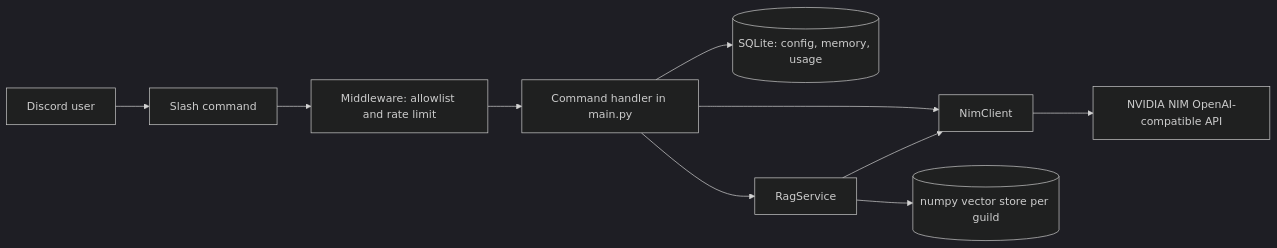
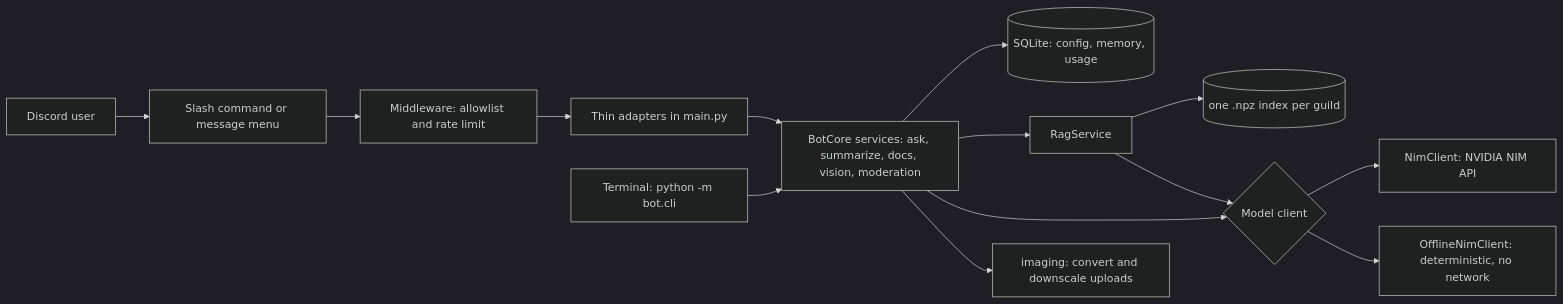
The first of 3 diagrams in README.md (AleBrito124356/discord-ai-bot), drawn with Mermaid (dark theme) before and after one commit. The commit also changed other lines of this file and 3 other files, not shown here.

````diff
--- a/README.md
+++ b/README.md
@@ -54,12 +150,16 @@
 ```mermaid
 flowchart LR
-    U[Discord user] --> CMD[Slash command]
+    U[Discord user] --> CMD[Slash command or message menu]
     CMD --> MW[Middleware: allowlist and rate limit]
-    MW --> H[Command handler in main.py]
-    H --> DB[(SQLite: config, memory, usage)]
-    H --> NIM[NimClient]
-    H --> RAG[RagService]
-    RAG --> VS[(numpy vector store per guild)]
-    RAG --> NIM
-    NIM --> API[NVIDIA NIM OpenAI-compatible API]
+    MW --> H[Thin adapters in main.py]
+    T[Terminal: python -m bot.cli] --> S
+    H --> S[BotCore services: ask, summarize, docs, vision, moderation]
+    S --> DB[(SQLite: config, memory, usage)]
+    S --> RAG[RagService]
+    RAG --> VS[(one .npz index per guild)]
+    S --> C{Model client}
+    RAG --> C
+    C --> NIM[NimClient: NVIDIA NIM API]
+    C --> OFF[OfflineNimClient: deterministic, no network]
+    S --> IMG[imaging: convert and downscale uploads]
 ```
````
